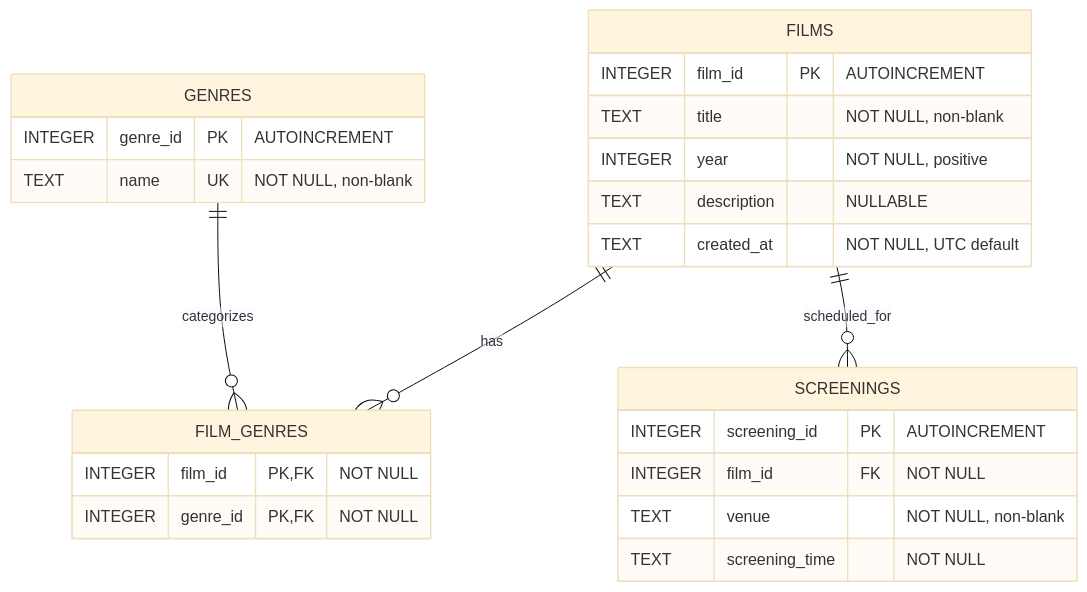
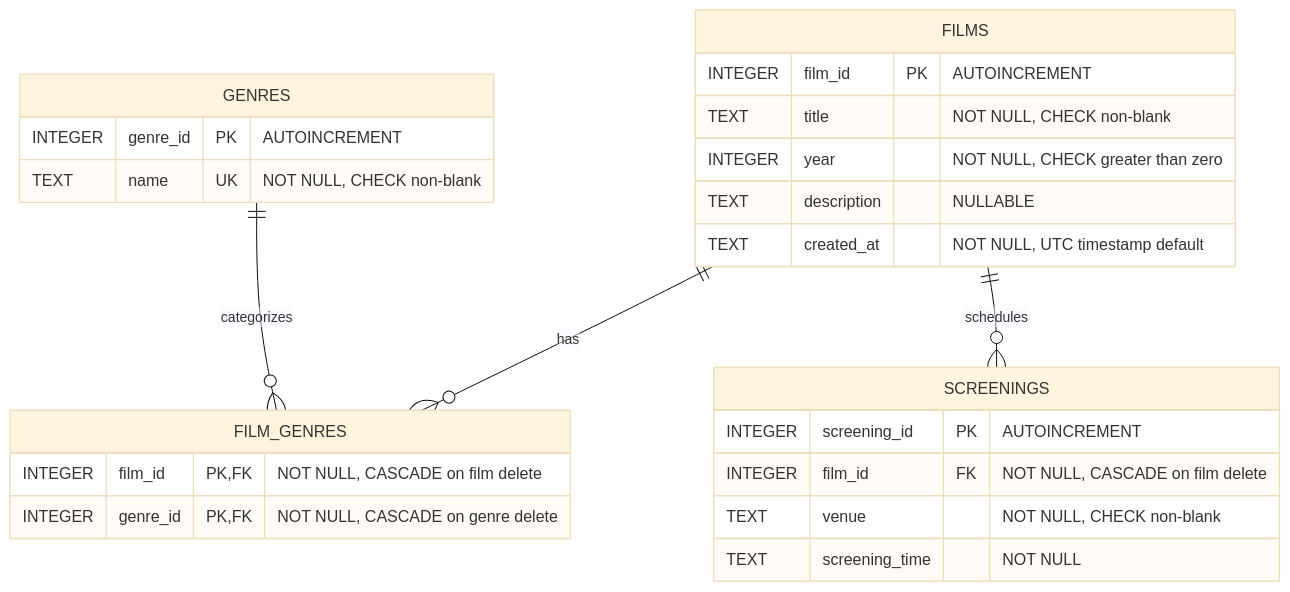
Before and after one commit to Wikiand/marquee: the diagram in docs/erd.mmd, drawn with Mermaid (base theme).

Commit message:
docs: clarify ERD constraints and indexes

```diff
--- a/docs/erd.mmd
+++ b/docs/erd.mmd
@@ -1,30 +1,33 @@
-
 erDiagram
     FILMS {
         INTEGER film_id PK "AUTOINCREMENT"
-        TEXT title "NOT NULL, non-blank"
-        INTEGER year "NOT NULL, positive"
+        TEXT title "NOT NULL, CHECK non-blank"
+        INTEGER year "NOT NULL, CHECK greater than zero"
         TEXT description "NULLABLE"
-        TEXT created_at "NOT NULL, UTC default"
+        TEXT created_at "NOT NULL, UTC timestamp default"
     }
 
     GENRES {
         INTEGER genre_id PK "AUTOINCREMENT"
-        TEXT name UK "NOT NULL, non-blank"
+        TEXT name UK "NOT NULL, CHECK non-blank"
     }
 
     FILM_GENRES {
-        INTEGER film_id PK, FK "NOT NULL"
-        INTEGER genre_id PK, FK "NOT NULL"
+        INTEGER film_id PK, FK "NOT NULL, CASCADE on film delete"
+        INTEGER genre_id PK, FK "NOT NULL, CASCADE on genre delete"
     }
 
     SCREENINGS {
         INTEGER screening_id PK "AUTOINCREMENT"
-        INTEGER film_id FK "NOT NULL"
-        TEXT venue "NOT NULL, non-blank"
+        INTEGER film_id FK "NOT NULL, CASCADE on film delete"
+        TEXT venue "NOT NULL, CHECK non-blank"
         TEXT screening_time "NOT NULL"
     }
 
     FILMS ||--o{ FILM_GENRES : has
     GENRES ||--o{ FILM_GENRES : categorizes
-    FILMS ||--o{ SCREENINGS : scheduled_for
+    FILMS ||--o{ SCREENINGS : schedules
+
+    %% Composite primary key: FILM_GENRES (film_id, genre_id)
+    %% Index: idx_film_genres_genre (genre_id, film_id)
+    %% Index: idx_screenings_film (film_id)
```
